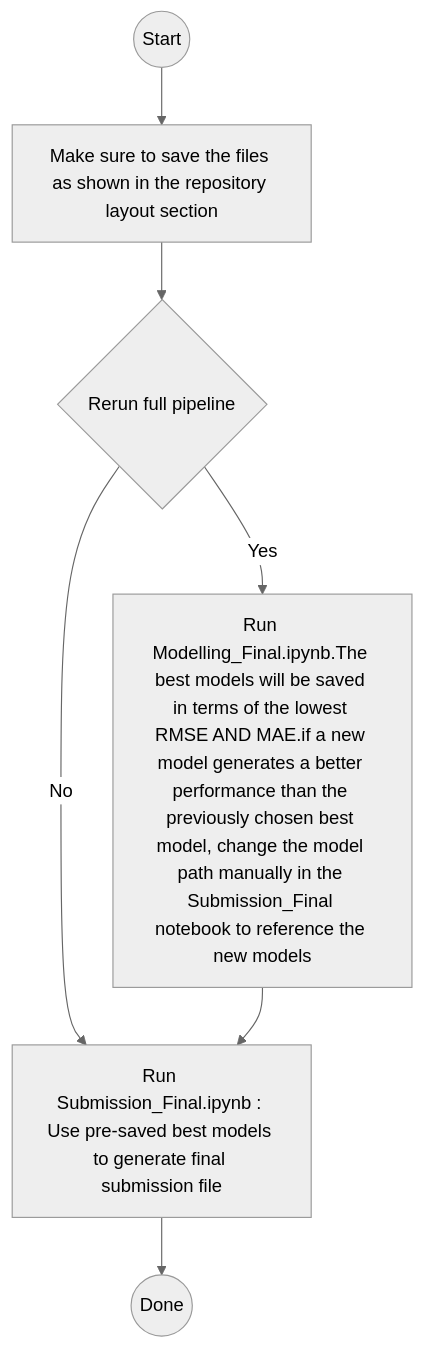
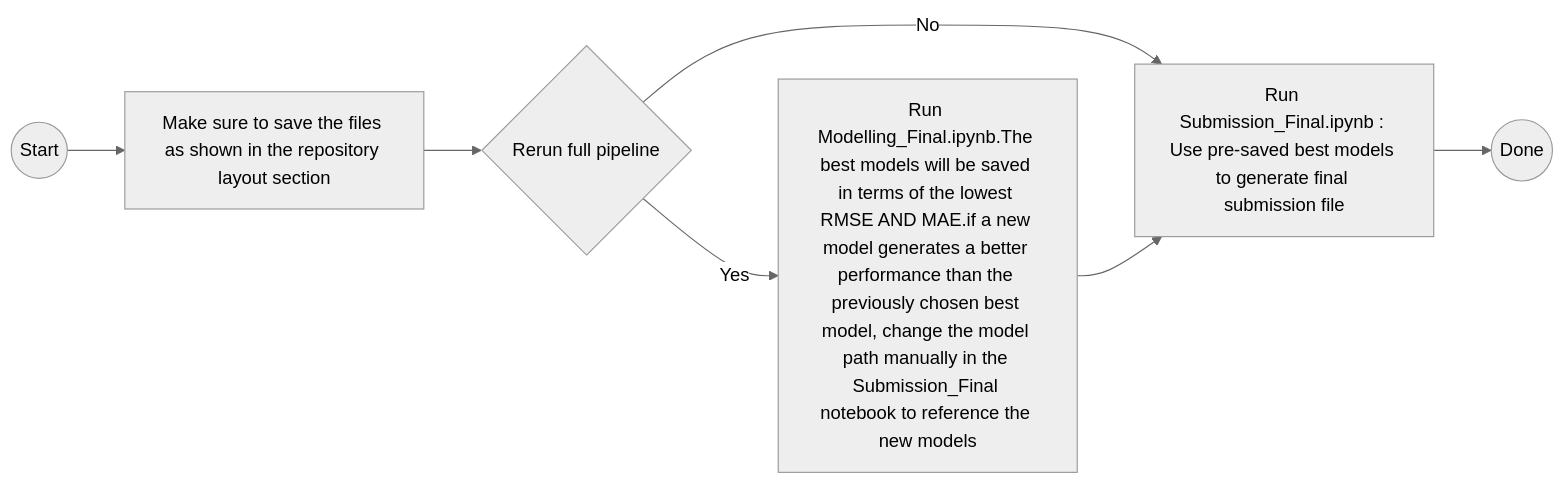
The diagram in README.md (Julie-Montague/Zindi-Maize-Price-Prediction-Challenge), drawn with Mermaid (neutral theme) before and after one commit.

````diff
--- a/README.md
+++ b/README.md
@@ -78,13 +78,13 @@
 ```mermaid
-flowchart TD
+flowchart LR
     %% Workflow for training & submission
 
     A((Start)) --> B[Make sure to save the files as shown in the repository layout section]
     B --> C{Rerun full pipeline}
     C -- Yes --> D[Run Modelling_Final.ipynb.The best models will be saved in terms of the lowest RMSE AND MAE.if a new model generates a better performance than the previously chosen best model, change the model path manually in the Submission_Final notebook to reference the new models]
     C -- No  --> E[Run Submission_Final.ipynb : Use pre-saved best models to generate final submission file]
 
     %% Final submission
     D --> E
     E --> F((Done))
 ```
````
